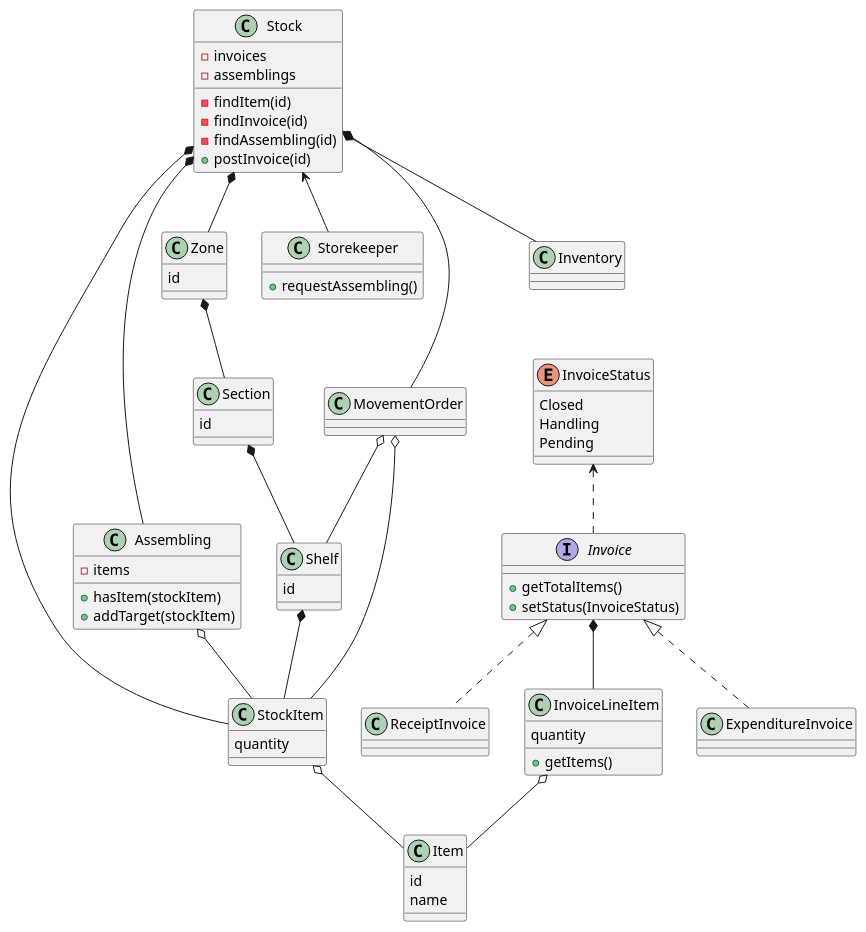
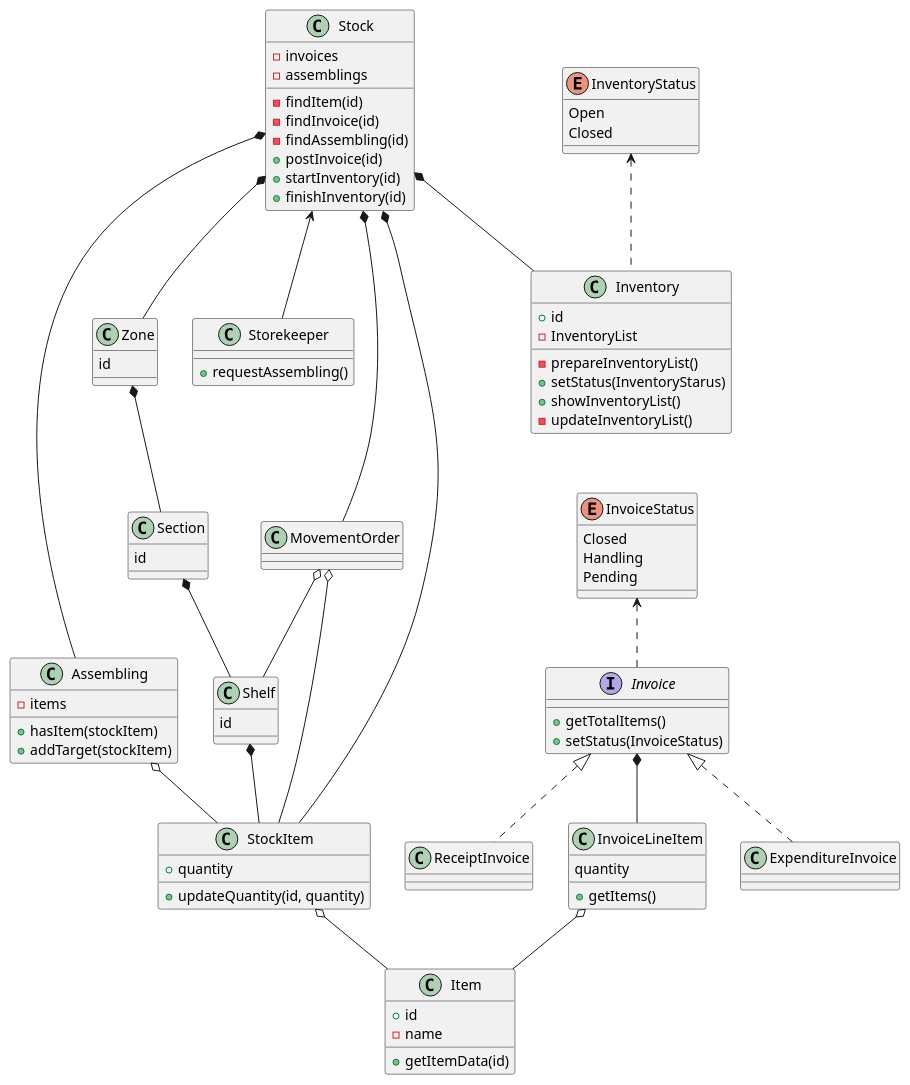
The diagram in warehouse/диаграмма_классов.md (penamarth/bsbo-02-21_team5_var6_sklad), drawn with PlantUML before and after one commit.

Commit message:
Диаграмма классов - Инвертаризация

```diff
--- a/warehouse/диаграмма_классов.md
+++ b/warehouse/диаграмма_классов.md
@@ -9,17 +9,21 @@
   -findInvoice(id)
   -findAssembling(id)
   +postInvoice(id)
+  +startInventory(id)
+  +finishInventory(id)
 }
 
 class MovementOrder {}
 
 class Item {
-  id
-  name
+  +id
+  -name
+  +getItemData(id)
 }
 
 class StockItem {
-    quantity
+  +quantity
+  +updateQuantity(id, quantity)
 }
 
 class Zone {
@@ -64,8 +68,19 @@
   +addTarget(stockItem)
 }
 
+enum InventoryStatus {
+  Open
+  Closed
+}
 
-class Inventory {}
+class Inventory {
+  +id
+  -InventoryList
+  -prepareInventoryList()
+  +setStatus(InventoryStarus)
+  +showInventoryList()
+  -updateInventoryList()
+}
 
 Stock *-- Inventory
 Stock *-- MovementOrder
@@ -85,6 +100,7 @@
 Invoice <|.. ExpenditureInvoice
 Invoice <|.. ReceiptInvoice
 InvoiceStatus <.. Invoice
+InventoryStatus <.. Inventory
 
 @enduml
 
```
